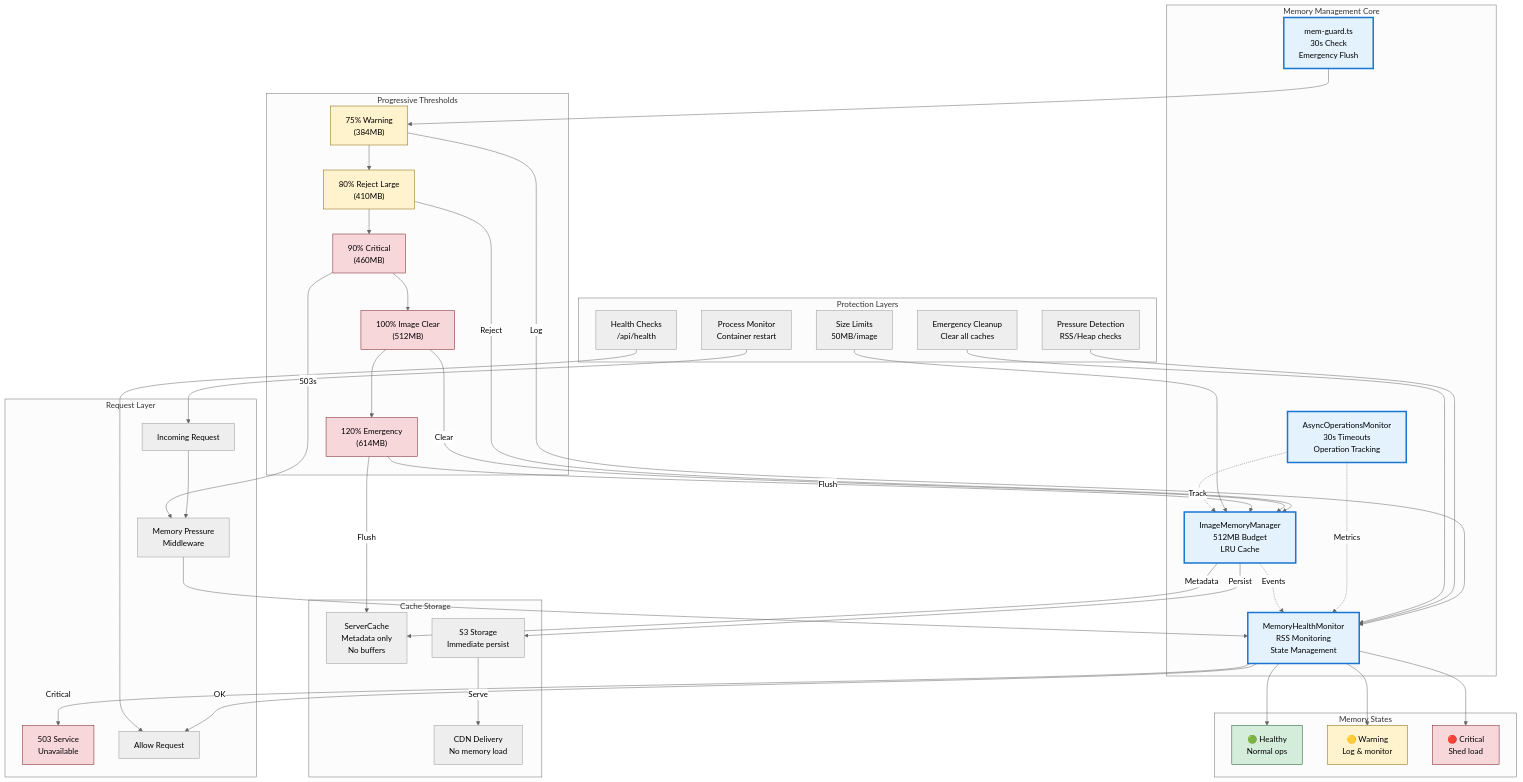
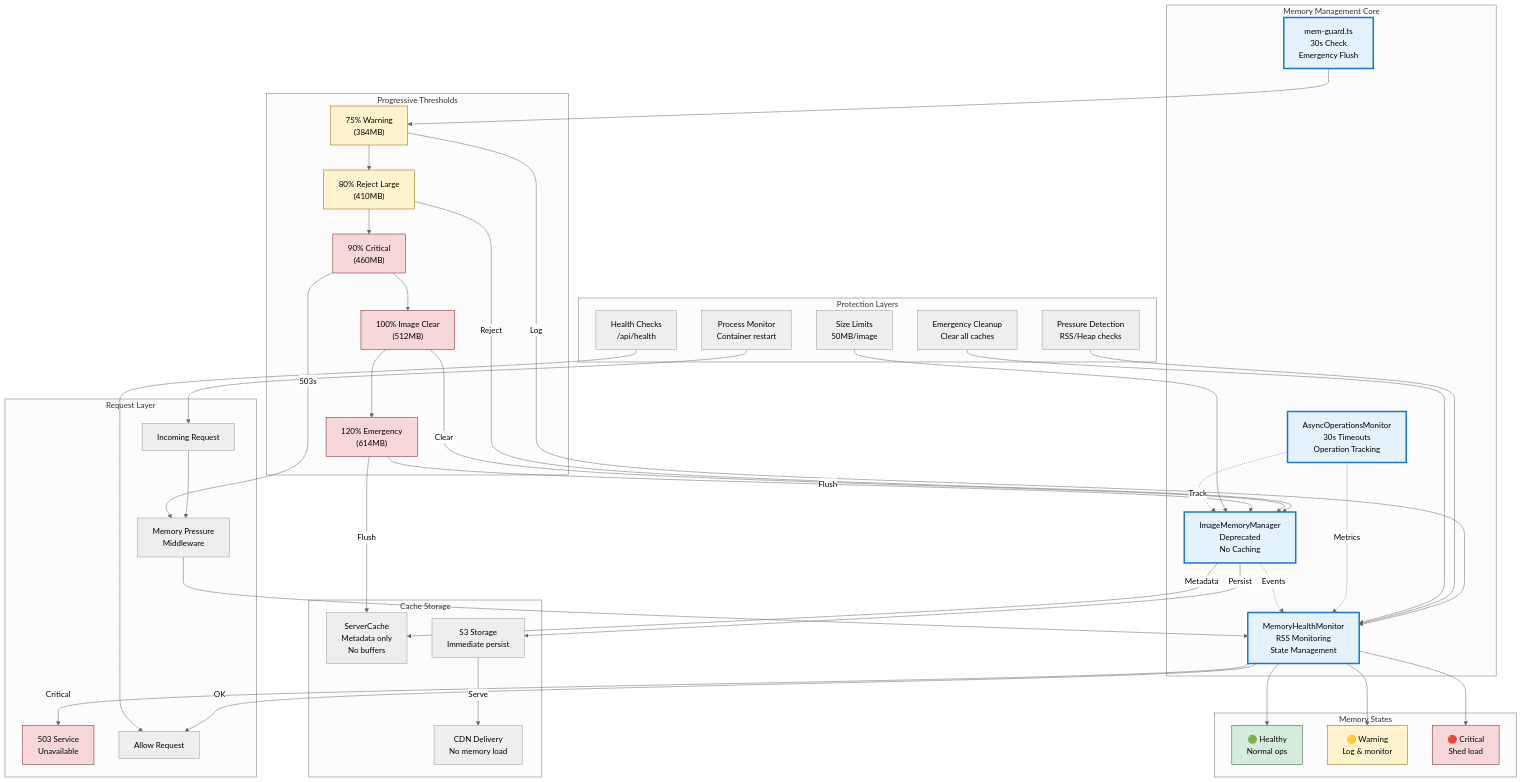
One commit to WilliamAGH/williamcallahan.com changed the diagram in docs/projects/structure/memory-mgmt.mmd. Above: the diagram before and after it, drawn with Mermaid (neutral theme). The commit also changed 14 other files, not shown here.

```diff
--- a/docs/projects/structure/memory-mgmt.mmd
+++ b/docs/projects/structure/memory-mgmt.mmd
@@ -1,95 +1,95 @@
 graph TB
     subgraph "Request Layer"
         REQ[Incoming Request]
         MW["Memory Pressure<br/>Middleware"]
         RESP503["503 Service<br/>Unavailable"]
         ALLOW[Allow Request]
     end
 
     subgraph "Memory Management Core"
-        IMM["ImageMemoryManager<br/>512MB Budget<br/>LRU Cache"]
+        IMM["ImageMemoryManager<br/>Deprecated<br/>No Caching"]
         MHM["MemoryHealthMonitor<br/>RSS Monitoring<br/>State Management"]
         MG["mem-guard.ts<br/>30s Check<br/>Emergency Flush"]
         AOM["AsyncOperationsMonitor<br/>30s Timeouts<br/>Operation Tracking"]
     end
 
     subgraph "Progressive Thresholds"
         T1["75% Warning<br/>(384MB)"]
         T2["80% Reject Large<br/>(410MB)"]
         T3["90% Critical<br/>(460MB)"]
         T4["100% Image Clear<br/>(512MB)"]
         T5["120% Emergency<br/>(614MB)"]
     end
 
     subgraph "Memory States"
         HEALTHY["🟢 Healthy<br/>Normal ops"]
         WARNING["🟡 Warning<br/>Log & monitor"]
         CRITICAL["🔴 Critical<br/>Shed load"]
     end
 
     subgraph "Cache Storage"
         SC["ServerCache<br/>Metadata only<br/>No buffers"]
         S3["S3 Storage<br/>Immediate persist"]
         CDN["CDN Delivery<br/>No memory load"]
     end
 
     subgraph "Protection Layers"
         L1["Size Limits<br/>50MB/image"]
         L2["Pressure Detection<br/>RSS/Heap checks"]
         L3["Health Checks<br/>/api/health"]
         L4["Emergency Cleanup<br/>Clear all caches"]
         L5["Process Monitor<br/>Container restart"]
     end
 
     %% Request flow
     REQ --> MW
     MW --> MHM
     MHM -->|Critical| RESP503
     MHM -->|OK| ALLOW
 
     %% State transitions
     MHM --> HEALTHY
     MHM --> WARNING
     MHM --> CRITICAL
     
     %% Threshold monitoring
     MG --> T1
     T1 --> T2
     T2 --> T3
     T3 --> T4
     T4 --> T5
 
     %% Memory pressure actions
     T1 -->|Log| MHM
     T2 -->|Reject| IMM
     T3 -->|503s| MW
     T4 -->|Clear| IMM
     T5 -->|Flush| SC & IMM
 
     %% Cache flow
     IMM -->|Metadata| SC
     IMM -->|Persist| S3
     S3 -->|Serve| CDN
 
     %% Protection integration
     L1 --> IMM
     L2 --> MHM
     L3 --> ALLOW
     L4 --> MHM
     L5 --> REQ
 
     %% Monitoring
     AOM -.->|Track| IMM
     AOM -.->|Metrics| MHM
     IMM -.->|Events| MHM
 
     %% Styling
     classDef healthy fill:#d4edda,stroke:#155724
     classDef warning fill:#fff3cd,stroke:#856404
     classDef critical fill:#f8d7da,stroke:#721c24
     classDef memory fill:#e3f2fd,stroke:#1976d2,stroke-width:3px
     
     class HEALTHY healthy
     class WARNING,T1,T2 warning
     class CRITICAL,RESP503,T3,T4,T5 critical
     class IMM,MHM,MG,AOM memory
```
